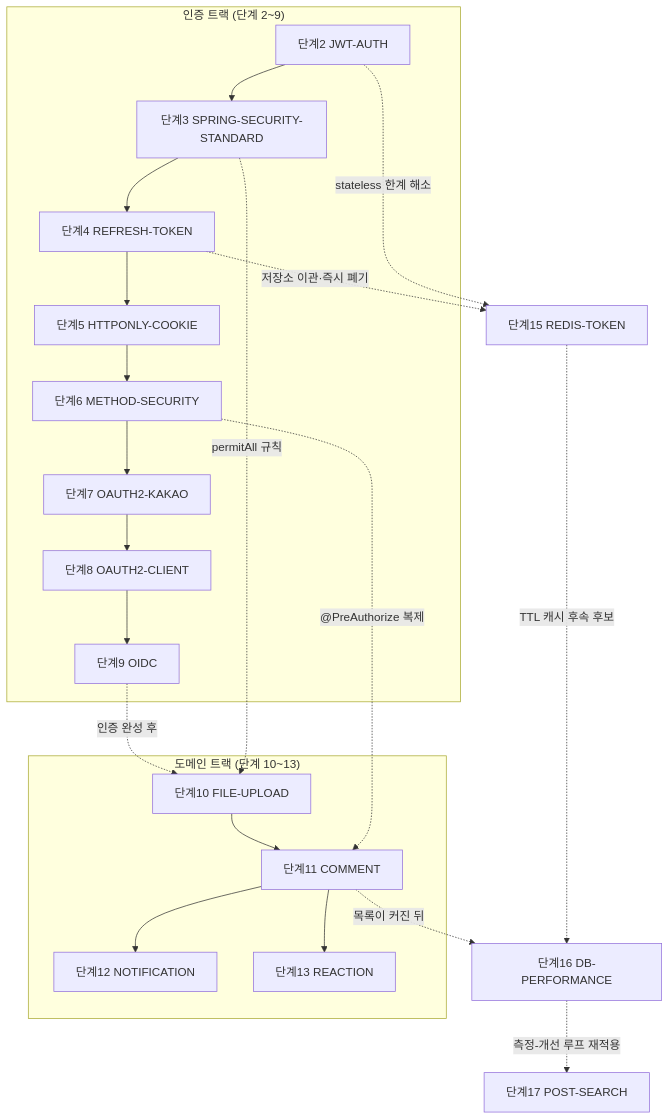
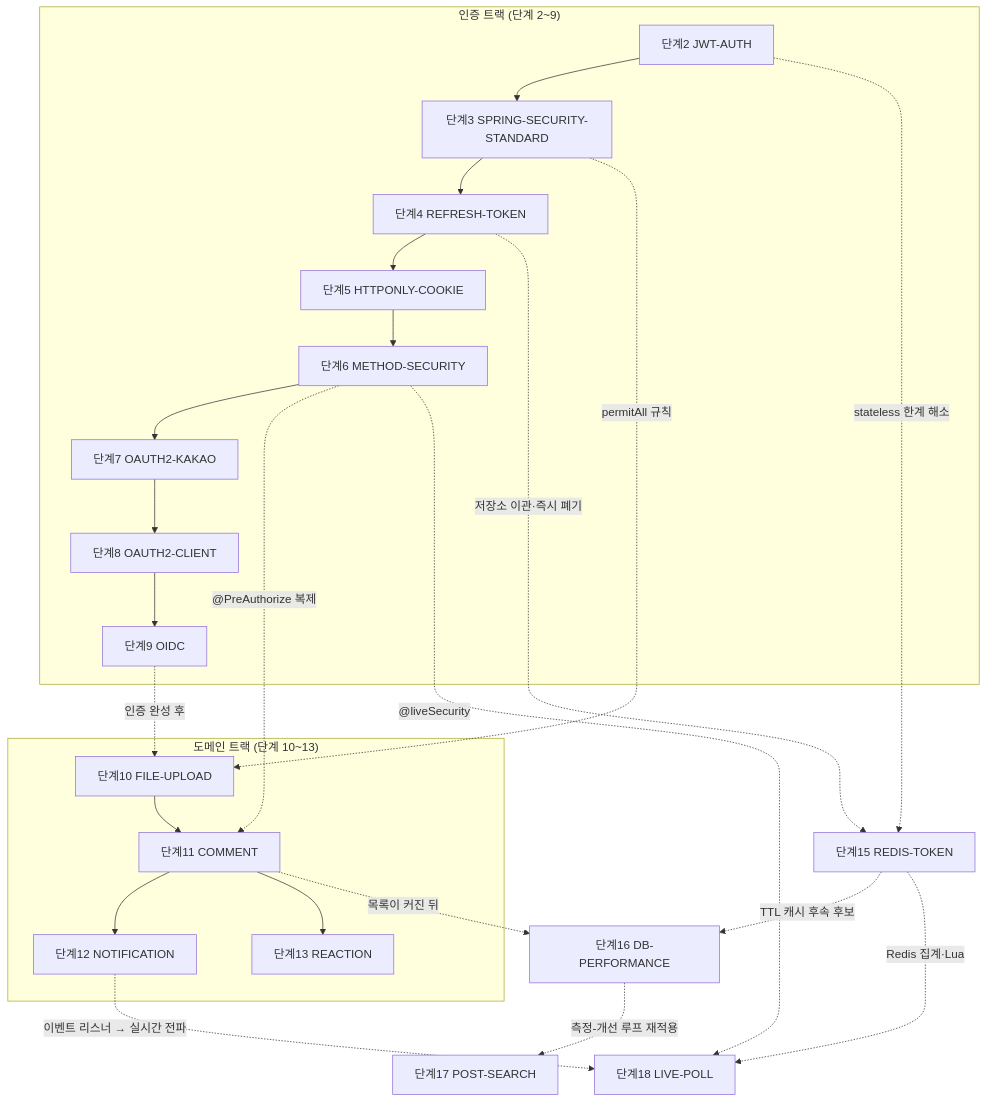
One commit to icesnake72/boards changed the diagram in docs/lecture/000-MOC.md. Above: the diagram before and after it, drawn with Mermaid. The commit also changed other lines of this file and 3 other files, not shown here.

````diff
--- a/docs/lecture/000-MOC.md
+++ b/docs/lecture/000-MOC.md
@@ -18,25 +18,28 @@
 ```mermaid
 flowchart TD
   subgraph AUTH["인증 트랙 (단계 2~9)"]
     JWT["단계2 JWT-AUTH"] --> STD["단계3 SPRING-SECURITY-STANDARD"]
     STD --> RT["단계4 REFRESH-TOKEN"]
     RT --> COOKIE["단계5 HTTPONLY-COOKIE"]
     COOKIE --> MS["단계6 METHOD-SECURITY"]
     MS --> KAKAO["단계7 OAUTH2-KAKAO"]
     KAKAO --> CLIENT["단계8 OAUTH2-CLIENT"]
     CLIENT --> OIDC["단계9 OIDC"]
   end
   subgraph DOMAIN["도메인 트랙 (단계 10~13)"]
     FILE["단계10 FILE-UPLOAD"] --> COMMENT["단계11 COMMENT"]
     COMMENT --> NOTI["단계12 NOTIFICATION"]
     COMMENT --> REACT["단계13 REACTION"]
   end
   RT -.->|"저장소 이관·즉시 폐기"| REDIS["단계15 REDIS-TOKEN"]
   JWT -.->|"stateless 한계 해소"| REDIS
   OIDC -.->|"인증 완성 후"| FILE
   STD -.->|"permitAll 규칙"| FILE
   MS -.->|"@PreAuthorize 복제"| COMMENT
   COMMENT -.->|"목록이 커진 뒤"| PERF["단계16 DB-PERFORMANCE"]
   REDIS -.->|"TTL 캐시 후속 후보"| PERF
   PERF -.->|"측정-개선 루프 재적용"| SEARCH["단계17 POST-SEARCH"]
+  NOTI -.->|"이벤트 리스너 → 실시간 전파"| LIVE["단계18 LIVE-POLL"]
+  REDIS -.->|"Redis 집계·Lua"| LIVE
+  MS -.->|"@liveSecurity"| LIVE
 ```
````
